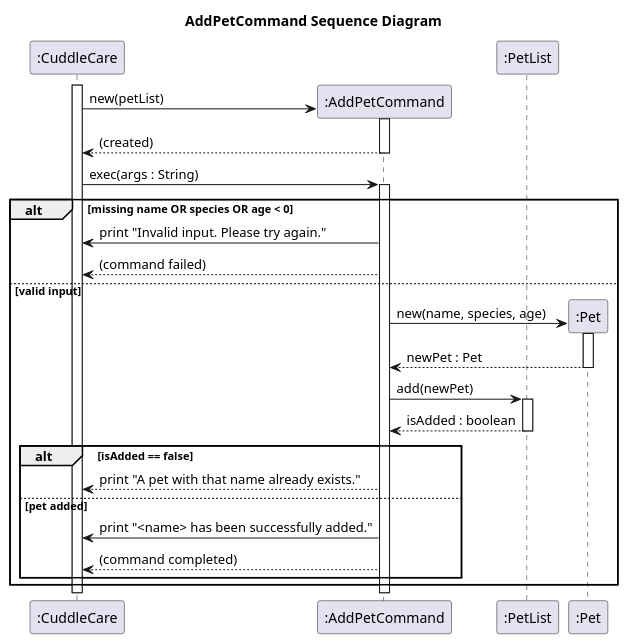
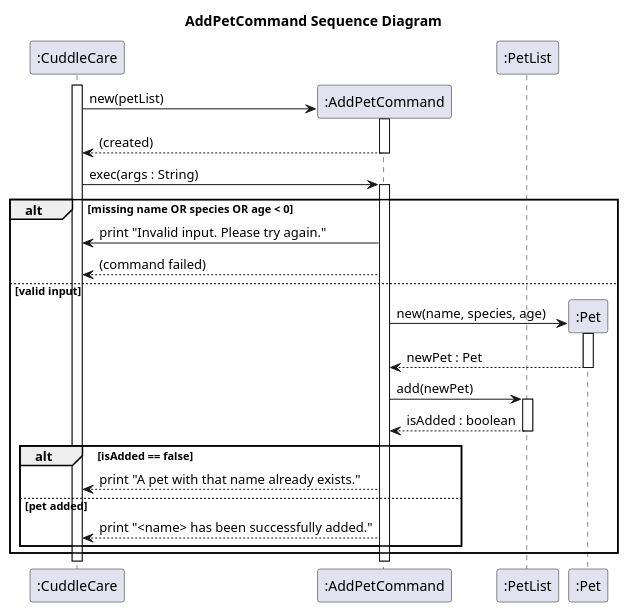
The diagram in docs/uml/AddPetCommandSequenceDiagram.puml (Kevin88866/tp), drawn with PlantUML before and after one commit. The commit also changed 1 other file, not shown here.

Commit message:
Fix command completed message in add-pet diagram

```diff
--- a/docs/uml/AddPetCommandSequenceDiagram.puml
+++ b/docs/uml/AddPetCommandSequenceDiagram.puml
@@ -1,46 +1,45 @@
 @startuml
 title AddPetCommand Sequence Diagram
 
 participant ":CuddleCare" as CuddleCare
 participant ":AddPetCommand" as AddPetCommand
 participant ":PetList" as PetList
 participant ":Pet" as Pet
 
 activate CuddleCare
 
 ' Constructor
 CuddleCare -> AddPetCommand** : new(petList)
 activate AddPetCommand
 return (created)
 
 ' Exec Method
 CuddleCare -> AddPetCommand : exec(args : String)
 activate AddPetCommand
 
 ' Invalid input case
 alt missing name OR species OR age < 0
     AddPetCommand -> CuddleCare : print "Invalid input. Please try again."
     AddPetCommand --> CuddleCare : (command failed)
 
 else valid input
     ' Create Pet object
     AddPetCommand -> Pet** : new(name, species, age)
     activate Pet
     return newPet : Pet
 
     ' Add to PetList
     AddPetCommand -> PetList : add(newPet)
     activate PetList
     return isAdded : boolean
 
     ' Duplicate pet case
     alt isAdded == false
         AddPetCommand --> CuddleCare : print "A pet with that name already exists."
 
     else pet added
-        AddPetCommand -> CuddleCare : print "<name> has been successfully added."
-        AddPetCommand --> CuddleCare : (command completed)
+        AddPetCommand --> CuddleCare : print "<name> has been successfully added."
     end
 end
 
 @enduml
```
